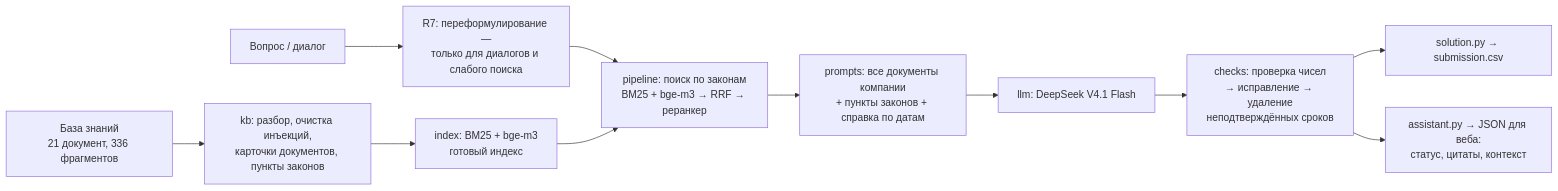
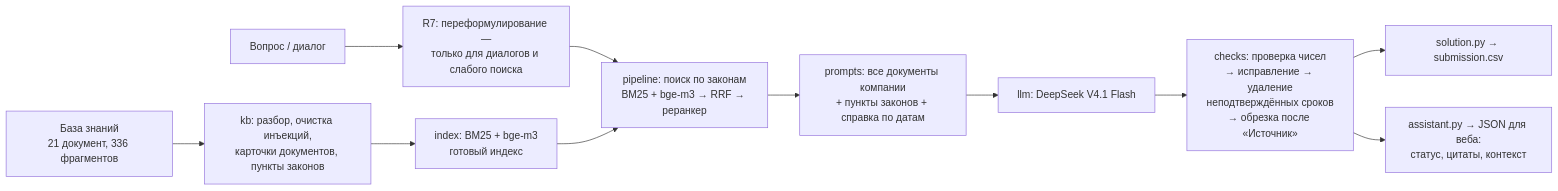
The diagram in README.md (yenqo/hack-change-psb), drawn with Mermaid before and after one commit. The commit also changed other lines of this file and 5 other files, not shown here.

````diff
--- a/README.md
+++ b/README.md
@@ -34,13 +36,13 @@
 ```mermaid
 flowchart LR
     KB[База знаний<br/>21 документ, 336 фрагментов] --> P[kb: разбор, очистка инъекций,<br/>карточки документов, пункты законов]
     P --> I[index: BM25 + bge-m3<br/>готовый индекс]
     Q[Вопрос / диалог] --> R[R7: переформулирование —<br/>только для диалогов и слабого поиска]
     R --> S[pipeline: поиск по законам<br/>BM25 + bge-m3 → RRF → реранкер]
     I --> S
     S --> C[prompts: все документы компании<br/>+ пункты законов + справка по датам]
     C --> G[llm: DeepSeek V4.1 Flash]
-    G --> V[checks: проверка чисел<br/>→ исправление → удаление<br/>неподтверждённых сроков]
+    G --> V[checks: проверка чисел<br/>→ исправление → удаление<br/>неподтверждённых сроков<br/>→ обрезка после «Источник»]
     V --> O1[solution.py → submission.csv]
     V --> O2[assistant.py → JSON для веба:<br/>статус, цитаты, контекст]
 ```
````
